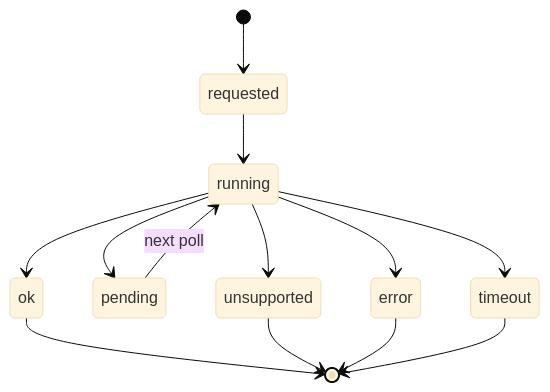
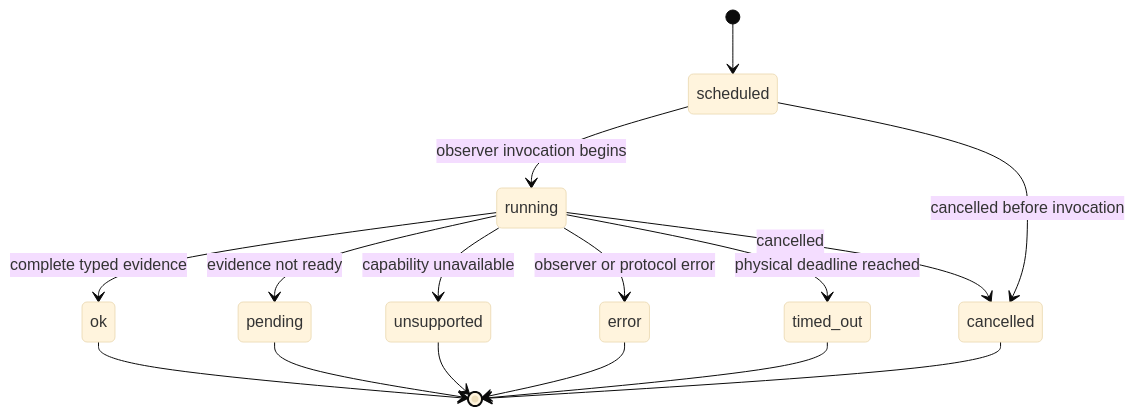
One commit to luckyteagirl/webhook-receiver-conformance changed the diagram in diagrams/state-observation.mmd. Above: the diagram before and after it, drawn with Mermaid (base theme). The commit also changed 63 other files, not shown here.

```diff
--- a/diagrams/state-observation.mmd
+++ b/diagrams/state-observation.mmd
@@ -1,13 +1,16 @@
 stateDiagram-v2
-  [*] --> requested
-  requested --> running
-  running --> ok
-  running --> pending
-  pending --> running: next poll
-  running --> unsupported
-  running --> error
-  running --> timeout
+  [*] --> scheduled
+  scheduled --> running: observer invocation begins
+  scheduled --> cancelled: cancelled before invocation
+  running --> ok: complete typed evidence
+  running --> pending: evidence not ready
+  running --> unsupported: capability unavailable
+  running --> error: observer or protocol error
+  running --> timed_out: physical deadline reached
+  running --> cancelled: cancelled
   ok --> [*]
+  pending --> [*]
   unsupported --> [*]
   error --> [*]
-  timeout --> [*]
+  timed_out --> [*]
+  cancelled --> [*]
```
